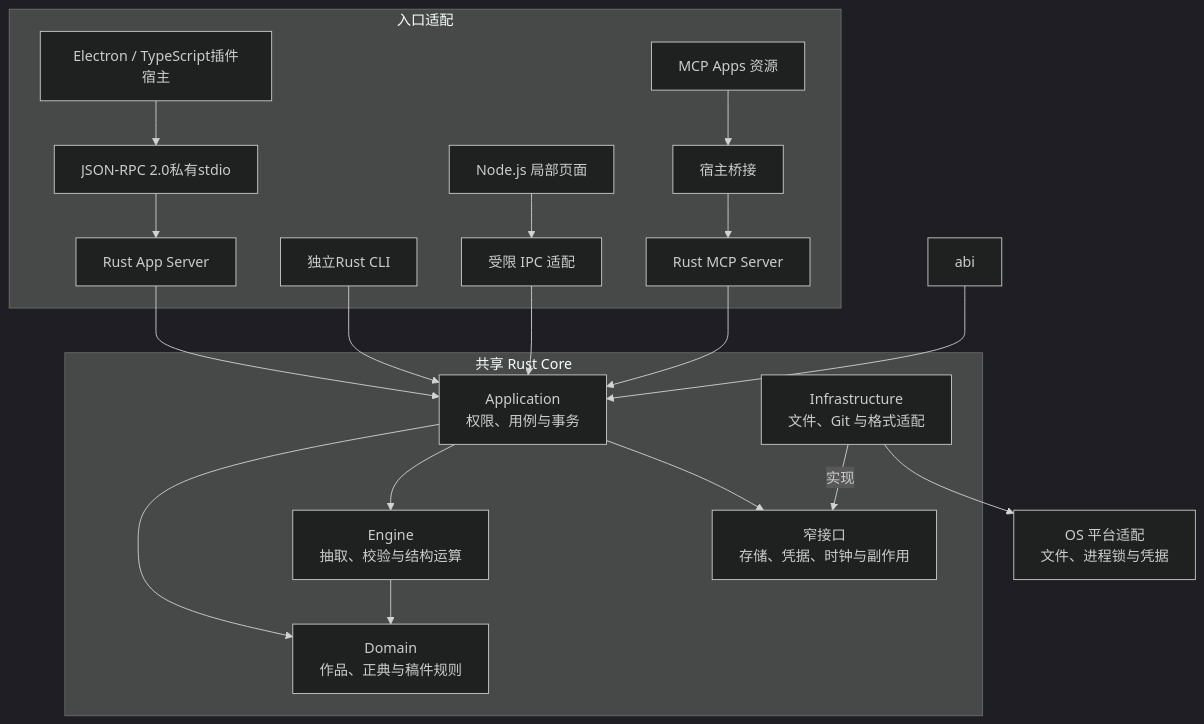
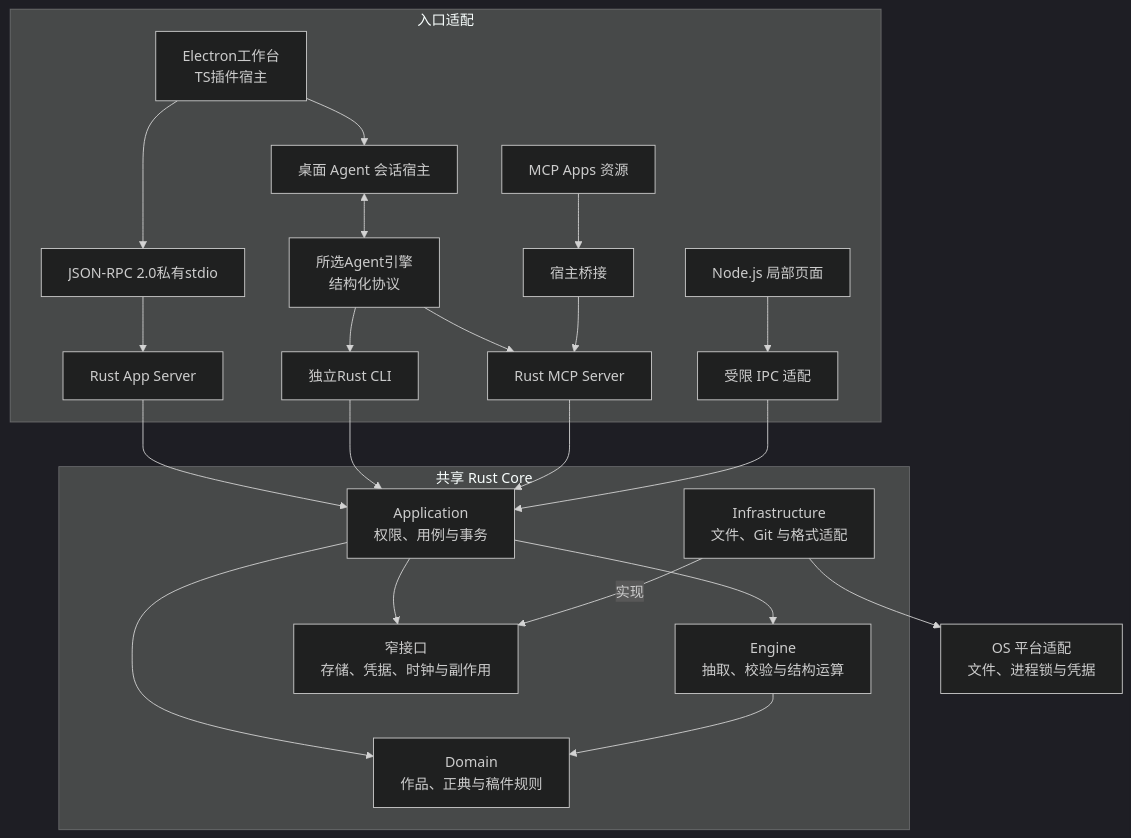
The second of 55 diagrams in docs/23-业务流程与MCP时序.md (limecloud/hetu), drawn with Mermaid (dark theme) before and after one commit. The commit also changed other lines of this file and 557 other files, not shown here.

````diff
--- a/docs/23-业务流程与MCP时序.md
+++ b/docs/23-业务流程与MCP时序.md
@@ -45,30 +57,33 @@
 ```mermaid
 flowchart TD
     subgraph entry["入口适配"]
-        desktop["Electron / TypeScript插件宿主"] --> rpc["JSON-RPC 2.0私有stdio"]
+        desktop["Electron工作台<br/>TS插件宿主"] --> rpc["JSON-RPC 2.0私有stdio"]
         rpc --> server["Rust App Server"]
+        desktop --> sessions["桌面 Agent 会话宿主"]
+        sessions <--> agentEngine["所选Agent引擎<br/>结构化协议"]
         cli["独立Rust CLI"]
         mcp["Rust MCP Server"]
+        agentEngine --> cli
+        agentEngine --> mcp
         web["Node.js 局部页面"] --> ipc["受限 IPC 适配"]
         appUi["MCP Apps 资源"] --> hostBridge["宿主桥接"]
         hostBridge --> mcp
     end
     subgraph kernel["共享 Rust Core"]
         application["Application<br/>权限、用例与事务"]
         domain["Domain<br/>作品、正典与稿件规则"]
         engine["Engine<br/>抽取、校验与结构运算"]
         ports["窄接口<br/>存储、凭据、时钟与副作用"]
         infrastructure["Infrastructure<br/>文件、Git 与格式适配"]
         application --> domain
         application --> engine
         application --> ports
         engine --> domain
         infrastructure -->|"实现"| ports
     end
     server --> application
     cli --> application
-    abi --> application
     mcp --> application
     ipc --> application
     infrastructure --> os["OS 平台适配<br/>文件、进程锁与凭据"]
 ```
````
